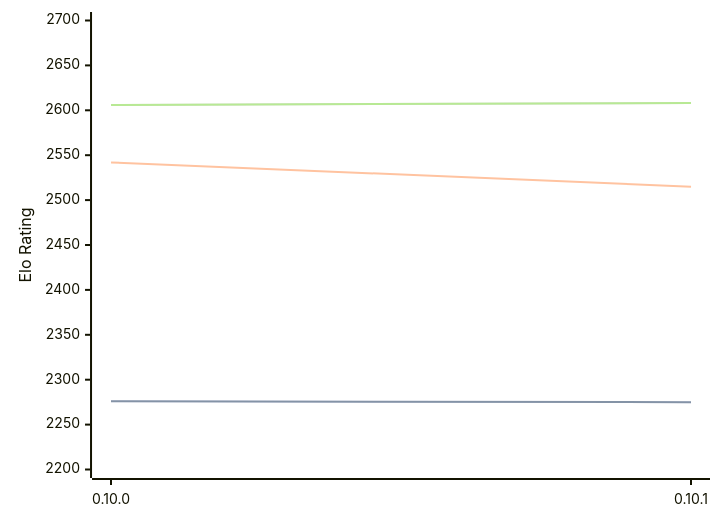
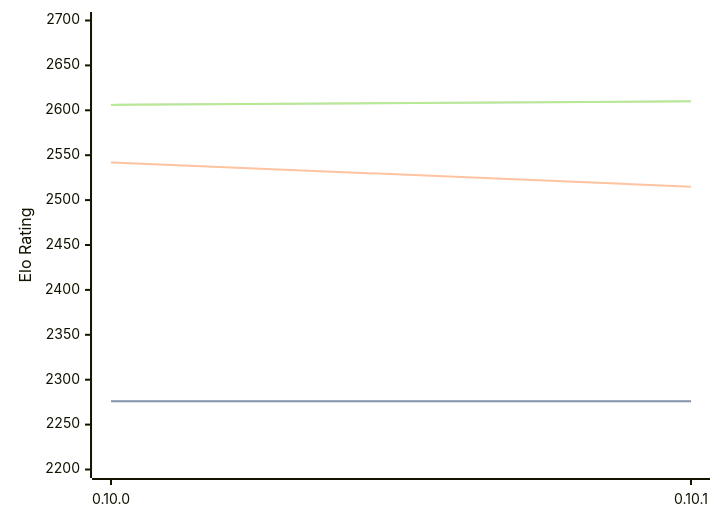
Before and after one commit to computer-chess-index/cci: the diagram in engines/Fatalii.md, drawn with Mermaid. The commit also changed other lines of this file, not shown here.

Commit message:
Update CCI Ratings (ELO VLTC) - 2026-09-08

````diff
--- a/engines/Fatalii.md
+++ b/engines/Fatalii.md
@@ -32,11 +32,11 @@
 ```mermaid
 %%{init: {"theme":"base","themeVariables":{"seriesColors:['#a3a3a3','#222221','#faa371']}}}%%
 xychart-beta
   x-axis ["0.10.0", "0.10.1"]
   y-axis "Elo Rating" 2200 --> 2700
-  line "" [2276, 2275]
-  line "STC (8.0+0.08s)" [2276, 2275]
+  line "" [2276, 2276]
+  line "STC (8.0+0.08s)" [2276, 2276]
   line "LTC (60.0+0.60s)" [2542, 2515]
-  line "" [2606, 2608]
-  line "VLTC (2m24s+1.12s)" [2606, 2608]
+  line "" [2606, 2610]
+  line "VLTC (2m24s+1.12s)" [2606, 2610]
 ```
````
